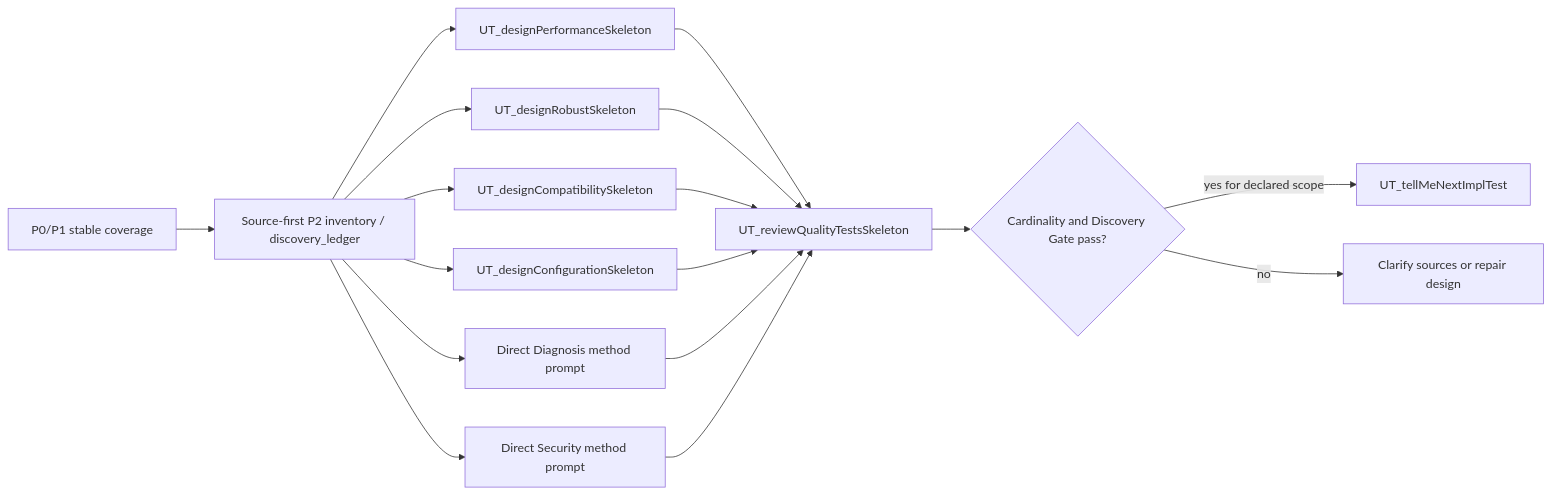
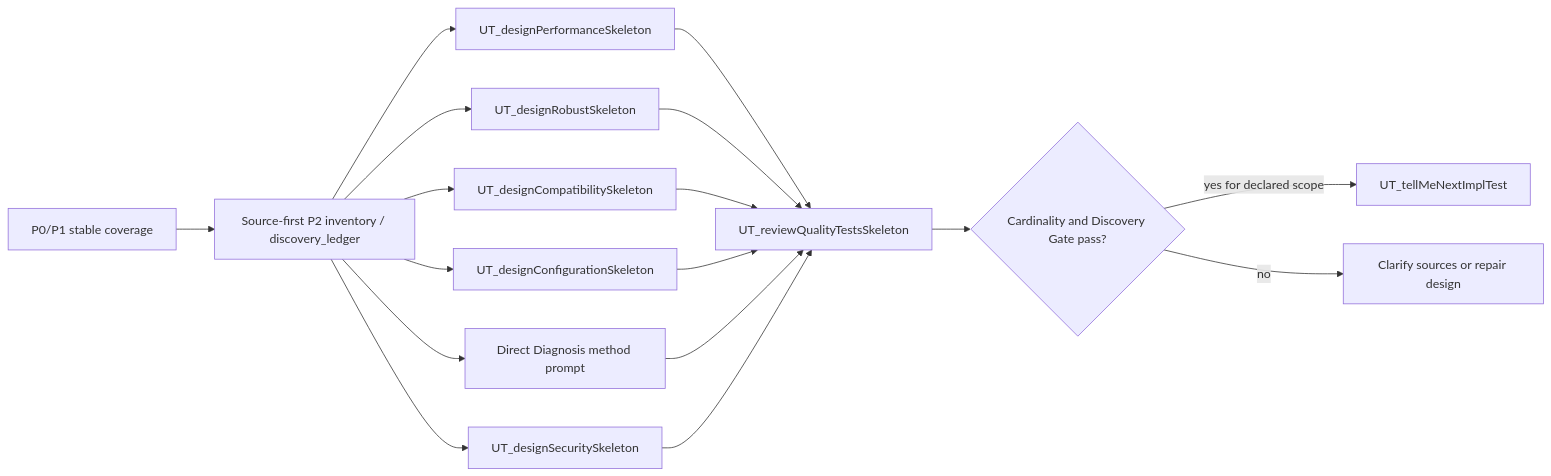
Before and after one commit to EnigmaWU/MyCaTDD: the diagram in slashCommands/flows/P2-QualityTestsFlow.md, drawn with Mermaid. The commit also changed other lines of this file and 22 other files, not shown here.

First line of the commit message:
Enhance Quality and Security Design Documentation

````diff
--- a/slashCommands/flows/P2-QualityTestsFlow.md
+++ b/slashCommands/flows/P2-QualityTestsFlow.md
@@ -41,19 +41,19 @@
 ```mermaid
 flowchart LR
     Stable["P0/P1 stable coverage"] --> Inventory["Source-first P2 inventory / discovery_ledger"]
     Inventory --> Performance["UT_designPerformanceSkeleton"]
     Inventory --> Robust["UT_designRobustSkeleton"]
     Inventory --> Compatibility["UT_designCompatibilitySkeleton"]
     Inventory --> Configuration["UT_designConfigurationSkeleton"]
     Inventory --> Diagnosis["Direct Diagnosis method prompt"]
-    Inventory --> Security["Direct Security method prompt"]
+    Inventory --> Security["UT_designSecuritySkeleton"]
     Performance --> Review["UT_reviewQualityTestsSkeleton"]
     Robust --> Review
     Compatibility --> Review
     Configuration --> Review
     Diagnosis --> Review
     Security --> Review
     Review --> Gate{"Cardinality and Discovery Gate pass?"}
     Gate -->|yes for declared scope| NextTC["UT_tellMeNextImplTest"]
     Gate -->|no| Clarify["Clarify sources or repair design"]
 ```
````
